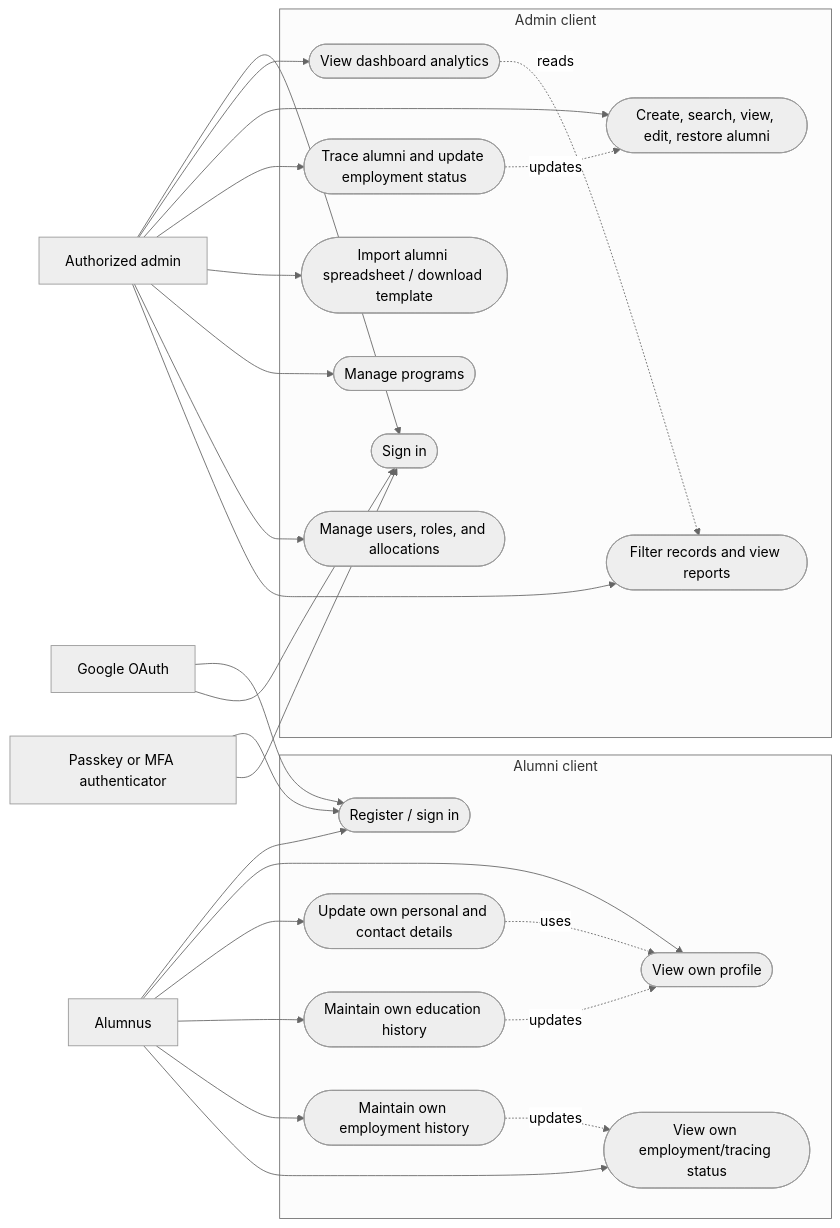
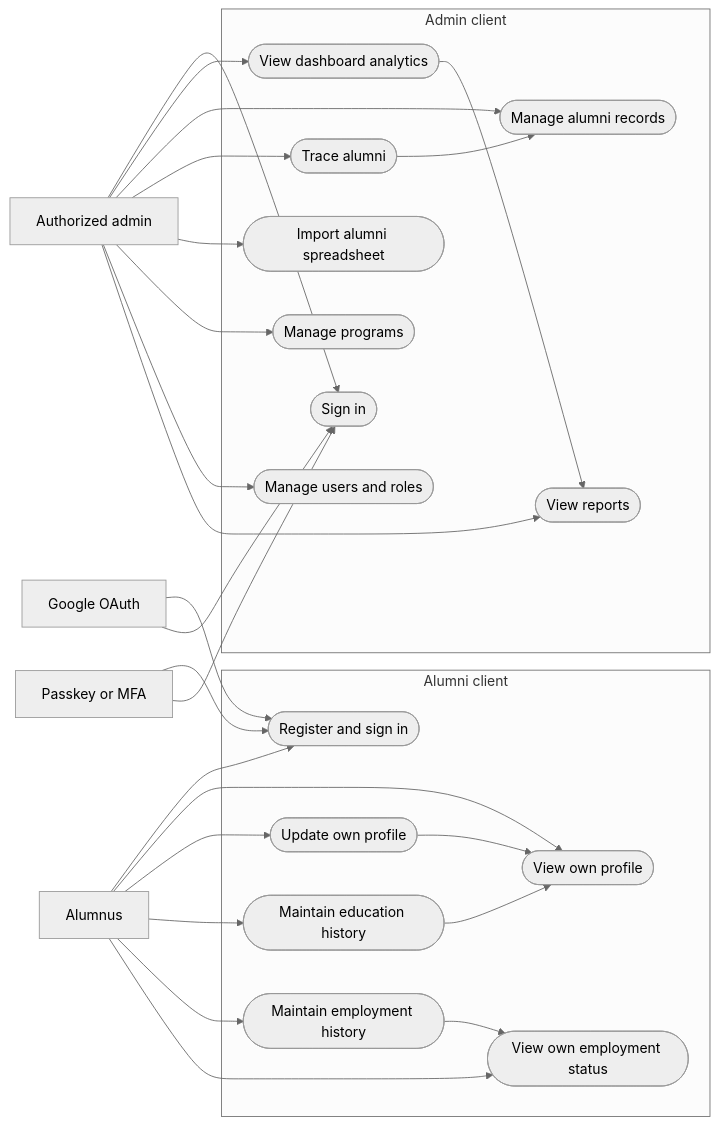
Before and after one commit to zrlldy/alumni-tracer: the first of 4 diagrams in object-modeling.md, drawn with Mermaid (neutral theme). The commit also changed other lines of this file and 1 other file, not shown here.

````diff
--- a/object-modeling.md
+++ b/object-modeling.md
@@ -27,52 +27,51 @@
 ```mermaid
 flowchart LR
-    alumni[Alumnus]
+    alumnus[Alumnus]
     admin[Authorized admin]
     google[Google OAuth]
-    authenticator[Passkey or MFA authenticator]
+    authenticator[Passkey or MFA]
 
-    subgraph AC[Alumni client]
-        loginA([Register / sign in])
-        profile([View own profile])
-        updateProfile([Update own personal and contact details])
-        education([Maintain own education history])
-        employment([Maintain own employment history])
-        status([View own employment/tracing status])
+    subgraph alumni_client[Alumni client]
+        alumni_login([Register and sign in])
+        alumni_profile([View own profile])
+        alumni_update([Update own profile])
+        alumni_education([Maintain education history])
+        alumni_employment([Maintain employment history])
+        alumni_status([View own employment status])
     end
 
-    subgraph MC[Admin client]
-        loginM([Sign in])
-        dashboard([View dashboard analytics])
-        manageAlumni([Create, search, view, edit, restore alumni])
-        trace([Trace alumni and update employment status])
-        import([Import alumni spreadsheet / download template])
-        programs([Manage programs])
-        users([Manage users, roles, and allocations])
-        reports([Filter records and view reports])
+    subgraph admin_client[Admin client]
+        admin_login([Sign in])
+        admin_dashboard([View dashboard analytics])
+        admin_alumni([Manage alumni records])
+        admin_trace([Trace alumni])
+        admin_import([Import alumni spreadsheet])
+        admin_programs([Manage programs])
+        admin_users([Manage users and roles])
+        admin_reports([View reports])
     end
 
-    alumni --> loginA
-    alumni --> profile
-    alumni --> updateProfile
-    alumni --> education
-    alumni --> employment
-    alumni --> status
-    admin --> loginM
-    admin --> dashboard
-    admin --> manageAlumni
-    admin --> trace
-    admin --> import
-    admin --> programs
-    admin --> users
-    admin --> reports
-    google --> loginA
-    google --> loginM
-    authenticator --> loginA
-    authenticator --> loginM
-
-    updateProfile -. uses .-> profile
-    education -. updates .-> profile
-    employment -. updates .-> status
-    trace -. updates .-> manageAlumni
-    dashboard -. reads .-> reports
+    alumnus --> alumni_login
+    alumnus --> alumni_profile
+    alumnus --> alumni_update
+    alumnus --> alumni_education
+    alumnus --> alumni_employment
+    alumnus --> alumni_status
+    admin --> admin_login
+    admin --> admin_dashboard
+    admin --> admin_alumni
+    admin --> admin_trace
+    admin --> admin_import
+    admin --> admin_programs
+    admin --> admin_users
+    admin --> admin_reports
+    google --> alumni_login
+    google --> admin_login
+    authenticator --> alumni_login
+    authenticator --> admin_login
+    alumni_update --> alumni_profile
+    alumni_education --> alumni_profile
+    alumni_employment --> alumni_status
+    admin_trace --> admin_alumni
+    admin_dashboard --> admin_reports
 ```
````
